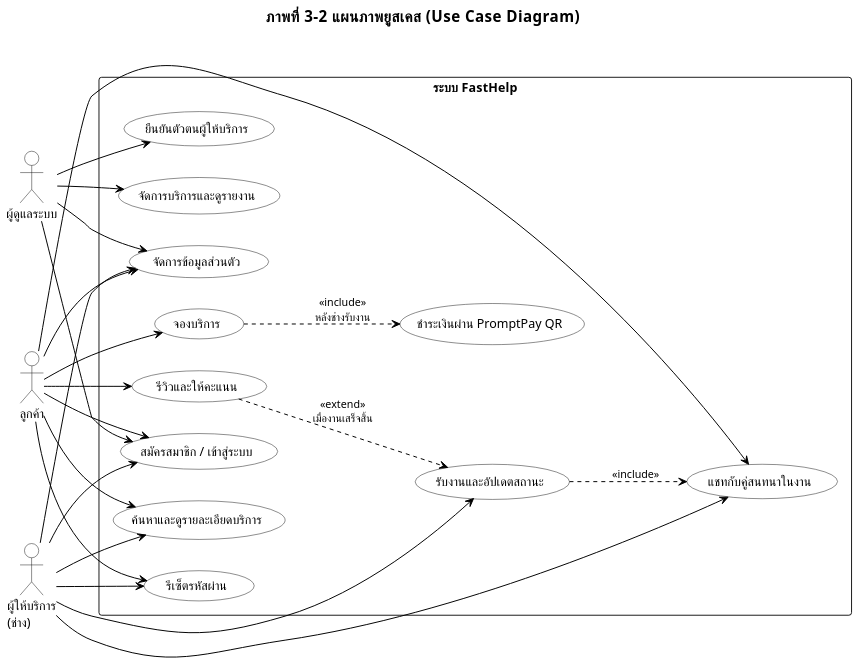
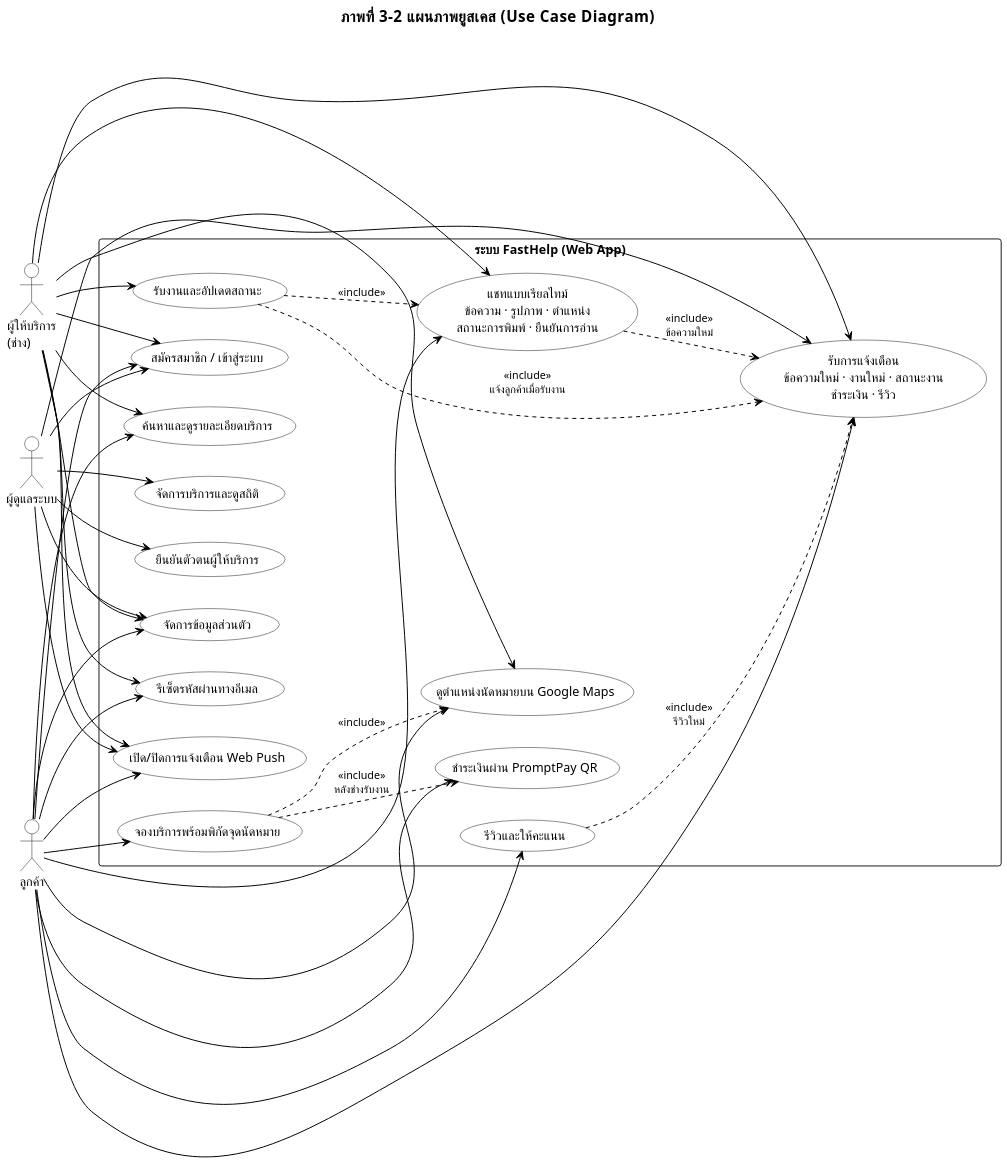
Before and after one commit to sarunyu-d-commits/Fasthelpservice: the diagram in docs/diagrams/02-use-case.puml, drawn with PlantUML. The commit also changed 14 other files, not shown here.

Commit message:
docs: refresh report diagrams to match production web app

```diff
--- a/docs/diagrams/02-use-case.puml
+++ b/docs/diagrams/02-use-case.puml
@@ -1,70 +1,85 @@
 @startuml
 title ภาพที่ 3-2 แผนภาพยูสเคส (Use Case Diagram)
 
 skinparam backgroundColor #FFFFFF
 skinparam defaultFontName Tahoma
 skinparam defaultFontColor #000000
 skinparam defaultFontSize 14
 skinparam dpi 150
 skinparam shadowing false
 skinparam roundcorner 6
 skinparam ArrowColor #000000
 skinparam ArrowThickness 1.1
 skinparam ArrowFontColor #000000
 skinparam ArrowFontSize 12
 skinparam titleFontSize 17
 skinparam titleFontColor #000000
 skinparam usecaseBackgroundColor #FFFFFF
 skinparam usecaseBorderColor #000000
 skinparam usecaseFontColor #000000
 skinparam actorBackgroundColor #FFFFFF
 skinparam actorBorderColor #000000
 skinparam actorFontColor #000000
 skinparam rectangleBackgroundColor #FFFFFF
 skinparam rectangleBorderColor #000000
 
 left to right direction
 
 actor "ลูกค้า" as Customer
 actor "ผู้ให้บริการ\n(ช่าง)" as Provider
 actor "ผู้ดูแลระบบ" as Admin
 
-rectangle "ระบบ FastHelp" {
+rectangle "ระบบ FastHelp (Web App)" {
   usecase "สมัครสมาชิก / เข้าสู่ระบบ" as UC01
-  usecase "รีเซ็ตรหัสผ่าน" as UC02
+  usecase "รีเซ็ตรหัสผ่านทางอีเมล" as UC02
   usecase "จัดการข้อมูลส่วนตัว" as UC03
   usecase "ค้นหาและดูรายละเอียดบริการ" as UC04
-  usecase "จองบริการ" as UC05
+  usecase "จองบริการพร้อมพิกัดจุดนัดหมาย" as UC05
   usecase "ชำระเงินผ่าน PromptPay QR" as UC06
   usecase "รับงานและอัปเดตสถานะ" as UC07
-  usecase "แชทกับคู่สนทนาในงาน" as UC08
+  usecase "แชทแบบเรียลไทม์\nข้อความ · รูปภาพ · ตำแหน่ง\nสถานะการพิมพ์ · ยืนยันการอ่าน" as UC08
   usecase "รีวิวและให้คะแนน" as UC09
   usecase "ยืนยันตัวตนผู้ให้บริการ" as UC10
-  usecase "จัดการบริการและดูรายงาน" as UC11
+  usecase "จัดการบริการและดูสถิติ" as UC11
+  usecase "เปิด/ปิดการแจ้งเตือน Web Push" as UC12
+  usecase "รับการแจ้งเตือน\nข้อความใหม่ · งานใหม่ · สถานะงาน\nชำระเงิน · รีวิว" as UC13
+  usecase "ดูตำแหน่งนัดหมายบน Google Maps" as UC14
 }
 
 Customer --> UC01
 Customer --> UC02
 Customer --> UC03
 Customer --> UC04
 Customer --> UC05
+Customer --> UC06
 Customer --> UC08
 Customer --> UC09
+Customer --> UC12
+Customer --> UC13
+Customer --> UC14
 
 Provider --> UC01
 Provider --> UC02
 Provider --> UC03
 Provider --> UC04
 Provider --> UC07
 Provider --> UC08
+Provider --> UC12
+Provider --> UC13
+Provider --> UC14
 
 Admin --> UC01
 Admin --> UC03
 Admin --> UC10
 Admin --> UC11
+Admin --> UC12
+Admin --> UC13
 
+UC05 ..> UC14 : <<include>>
 UC05 ..> UC06 : <<include>>\nหลังช่างรับงาน
 UC07 ..> UC08 : <<include>>
-UC09 ..> UC07 : <<extend>>\nเมื่องานเสร็จสิ้น
+UC07 ..> UC13 : <<include>>\nแจ้งลูกค้าเมื่อรับงาน
+UC08 ..> UC13 : <<include>>\nข้อความใหม่
+UC09 ..> UC13 : <<include>>\nรีวิวใหม่
 
 @enduml
```
